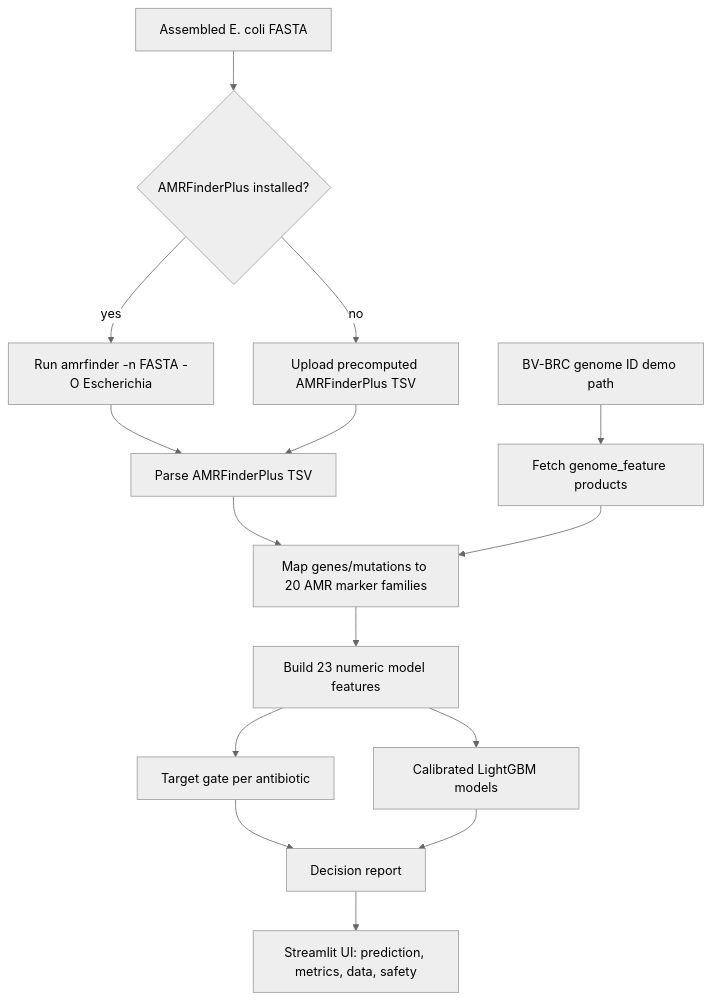
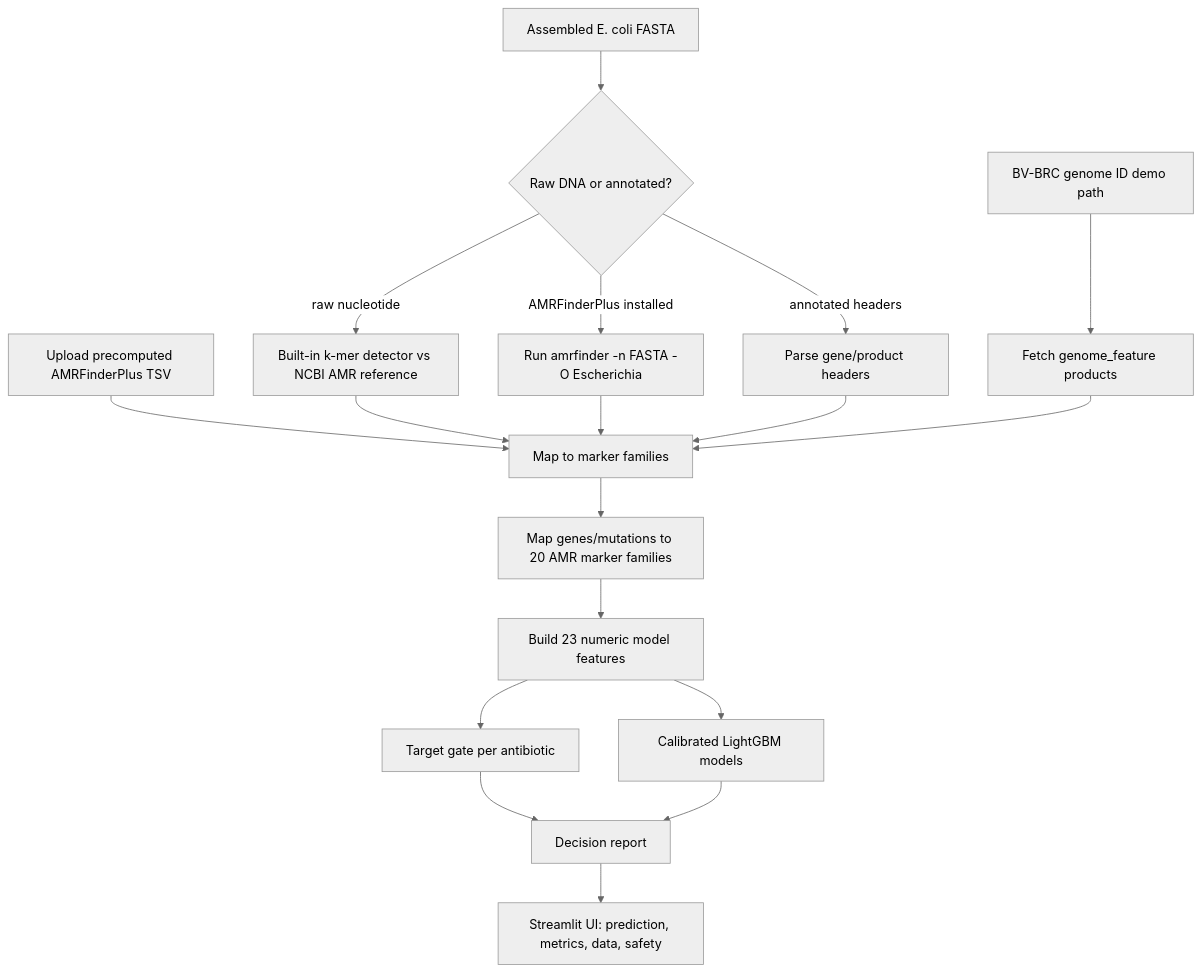
One commit to Akashsinghpanwar/hackNation changed the diagram in README.md. Above: the diagram before and after it, drawn with Mermaid (neutral theme). The commit also changed other lines of this file and 3 other files, not shown here.

First line of the commit message:
feat: raw FASTA to genes detector via NCBI reference k-mer index

````diff
--- a/README.md
+++ b/README.md
@@ -11,17 +11,20 @@
 ```mermaid
 flowchart TD
-    A[Assembled E. coli FASTA] --> B{AMRFinderPlus installed?}
-    B -->|yes| C[Run amrfinder -n FASTA -O Escherichia]
-    B -->|no| D[Upload precomputed AMRFinderPlus TSV]
-    C --> E[Parse AMRFinderPlus TSV]
-    D --> E
+    A[Assembled E. coli FASTA] --> B{Raw DNA or annotated?}
+    B -->|raw nucleotide| C[Built-in k-mer detector vs NCBI AMR reference]
+    B -->|AMRFinderPlus installed| C2[Run amrfinder -n FASTA -O Escherichia]
+    B -->|annotated headers| C3[Parse gene/product headers]
+    D[Upload precomputed AMRFinderPlus TSV] --> E[Map to marker families]
     F[BV-BRC genome ID demo path] --> G[Fetch genome_feature products]
+    C --> E
+    C2 --> E
+    C3 --> E
+    G --> E
     E --> H[Map genes/mutations to 20 AMR marker families]
-    G --> H
     H --> I[Build 23 numeric model features]
     I --> J[Target gate per antibiotic]
     I --> K[Calibrated LightGBM models]
     J --> L[Decision report]
     K --> L
     L --> M[Streamlit UI: prediction, metrics, data, safety]
 ```
````
